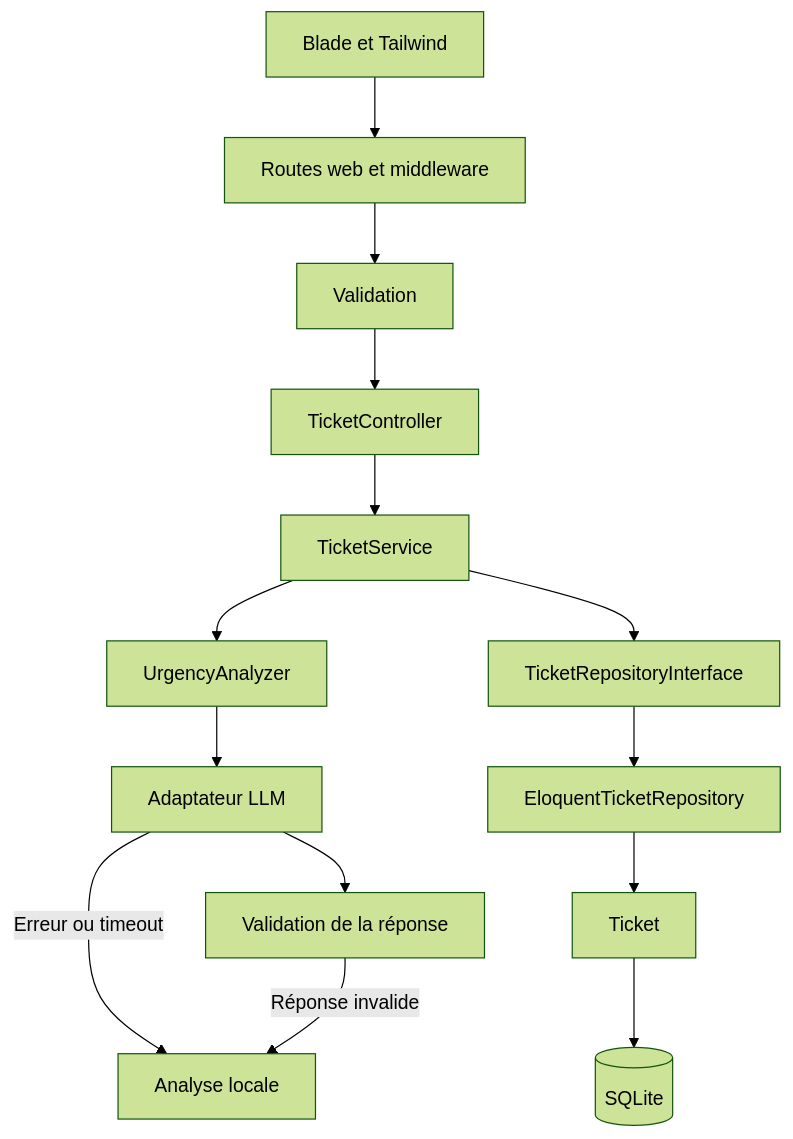
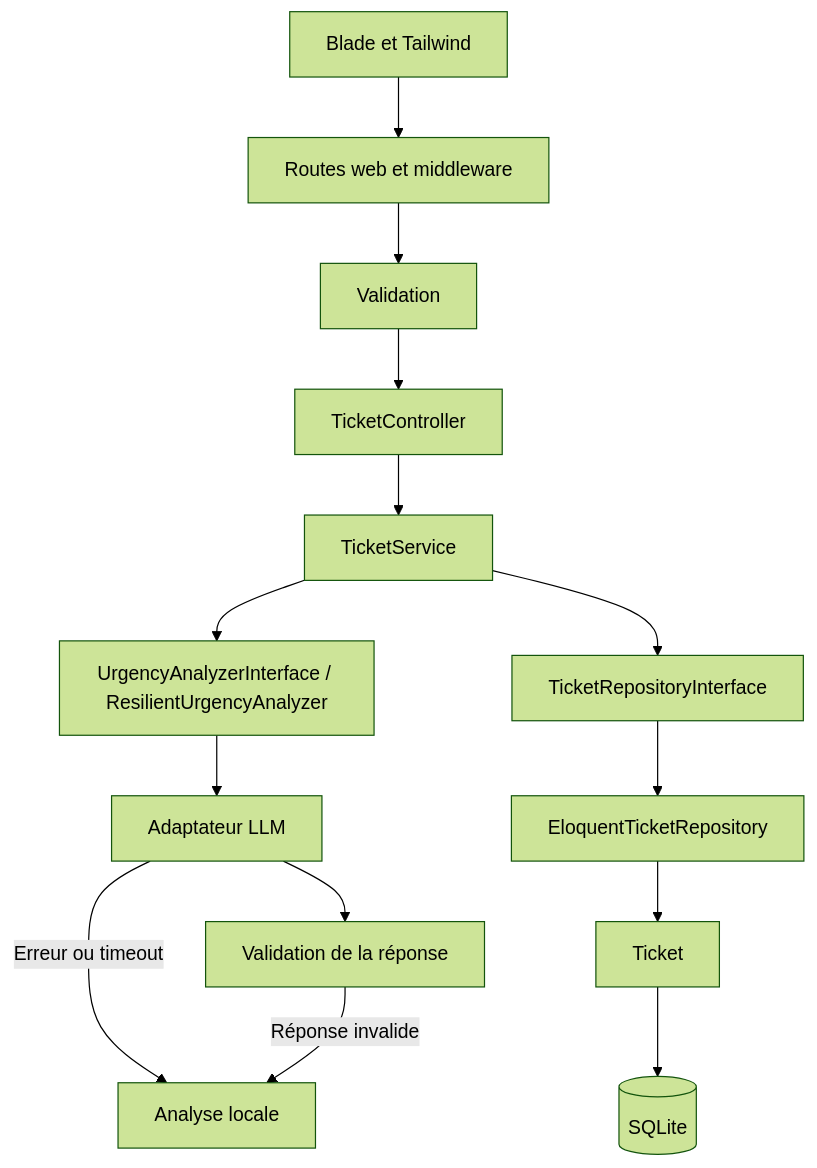
Before and after one commit to Ibrahimkas68/fast_track_support: the diagram in docs/architecture-docs.md, drawn with Mermaid (forest theme). The commit also changed other lines of this file and 8 other files, not shown here.

````diff
--- a/docs/architecture-docs.md
+++ b/docs/architecture-docs.md
@@ -22,16 +22,16 @@
 ```mermaid
 flowchart TD
     UI[Blade et Tailwind] --> WEB[Routes web et middleware]
     WEB --> V[Validation]
     V --> C[TicketController]
     C --> S[TicketService]
-    S --> A[UrgencyAnalyzer]
+    S --> A[UrgencyAnalyzerInterface / ResilientUrgencyAnalyzer]
     A --> L[Adaptateur LLM]
     L --> CHECK[Validation de la réponse]
     L -- Erreur ou timeout --> F[Analyse locale]
     CHECK -- Réponse invalide --> F
     S --> I[TicketRepositoryInterface]
     I --> R[EloquentTicketRepository]
     R --> M[Ticket]
     M --> DB[(SQLite)]
 ```
````
